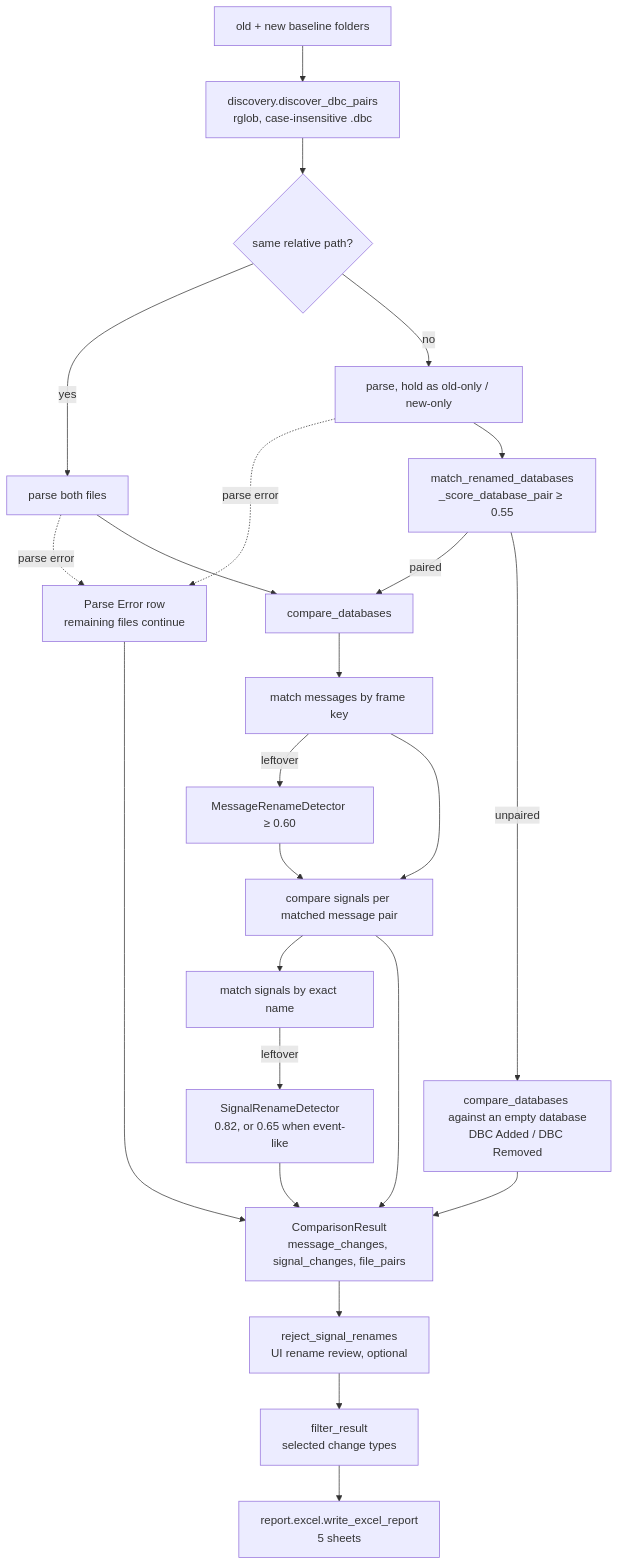
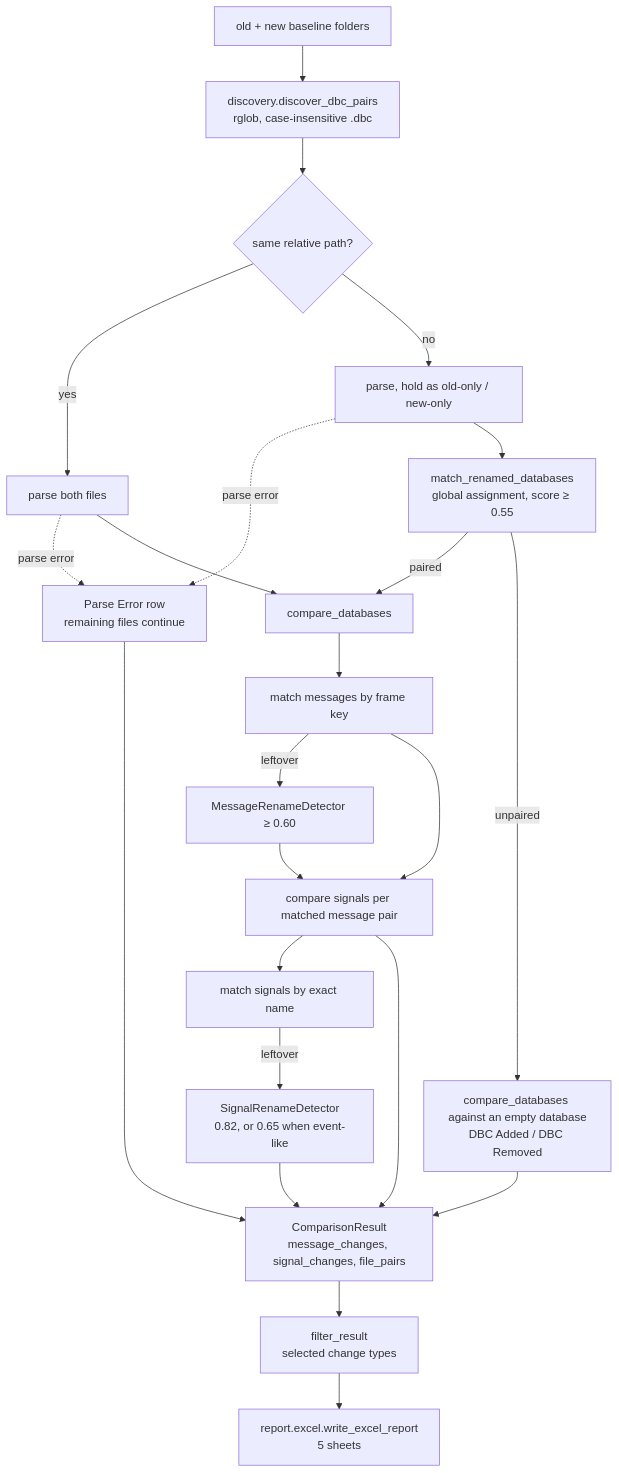
Before and after one commit to longvo92/dbc-compare-tool: the diagram in docs/architecture.md, drawn with Mermaid. The commit also changed other lines of this file and 11 other files, not shown here.

Commit message:
feat: pair DBC inventories globally and simplify manual flow

````diff
--- a/docs/architecture.md
+++ b/docs/architecture.md
@@ -89,26 +87,25 @@
 ```mermaid
 flowchart TD
     A[old + new baseline folders] --> B[discovery.discover_dbc_pairs<br/>rglob, case-insensitive .dbc]
     B --> C{same relative path?}
     C -->|yes| P1[parse both files]
     C -->|no| P2[parse, hold as old-only / new-only]
     P1 -.parse error.-> X[Parse Error row<br/>remaining files continue]
     P2 -.parse error.-> X
-    P2 --> E[match_renamed_databases<br/>_score_database_pair ≥ 0.55]
+    P2 --> E[match_renamed_databases<br/>global assignment, score ≥ 0.55]
     P1 --> D[compare_databases]
     E -->|paired| D
     E -->|unpaired| U[compare_databases against an empty database<br/>DBC Added / DBC Removed]
     D --> H[match messages by frame key]
     H -->|leftover| I[MessageRenameDetector ≥ 0.60]
     H --> J[compare signals per matched message pair]
     I --> J
     J --> K[match signals by exact name]
     K -->|leftover| L[SignalRenameDetector<br/>0.82, or 0.65 when event-like]
     L --> M[ComparisonResult<br/>message_changes, signal_changes, file_pairs]
     J --> M
     U --> M
     X --> M
-    M --> N[reject_signal_renames<br/>UI rename review, optional]
-    N --> O[filter_result<br/>selected change types]
+    M --> O[filter_result<br/>selected change types]
     O --> R[report.excel.write_excel_report<br/>5 sheets]
 ```
````
